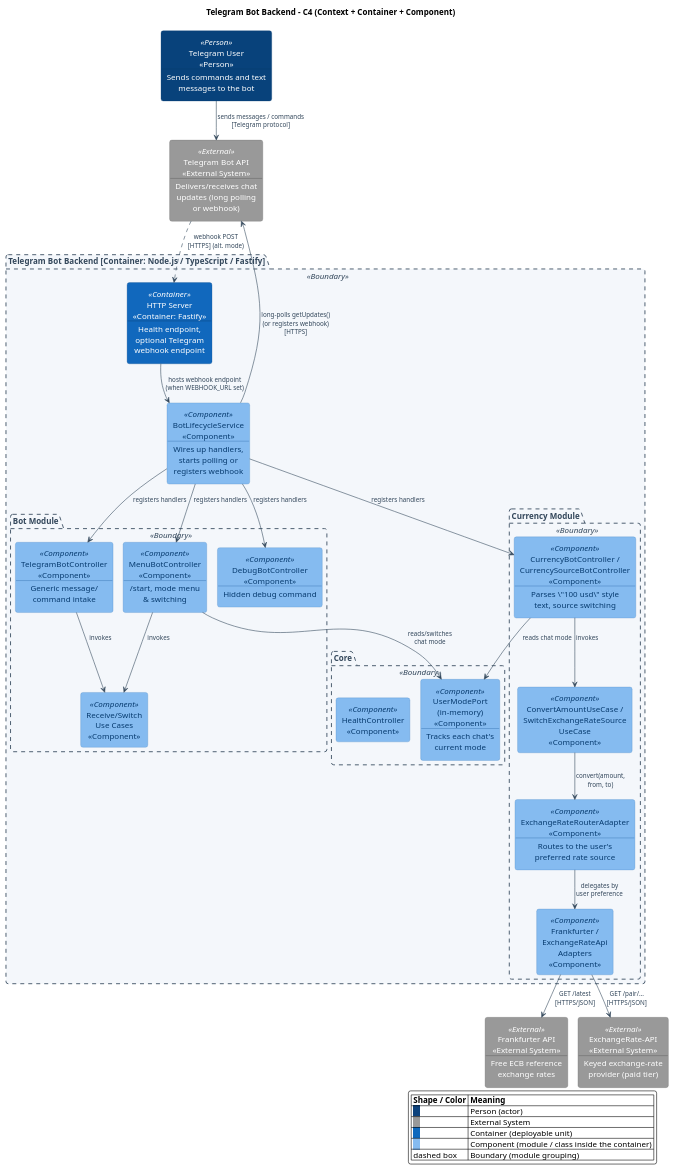
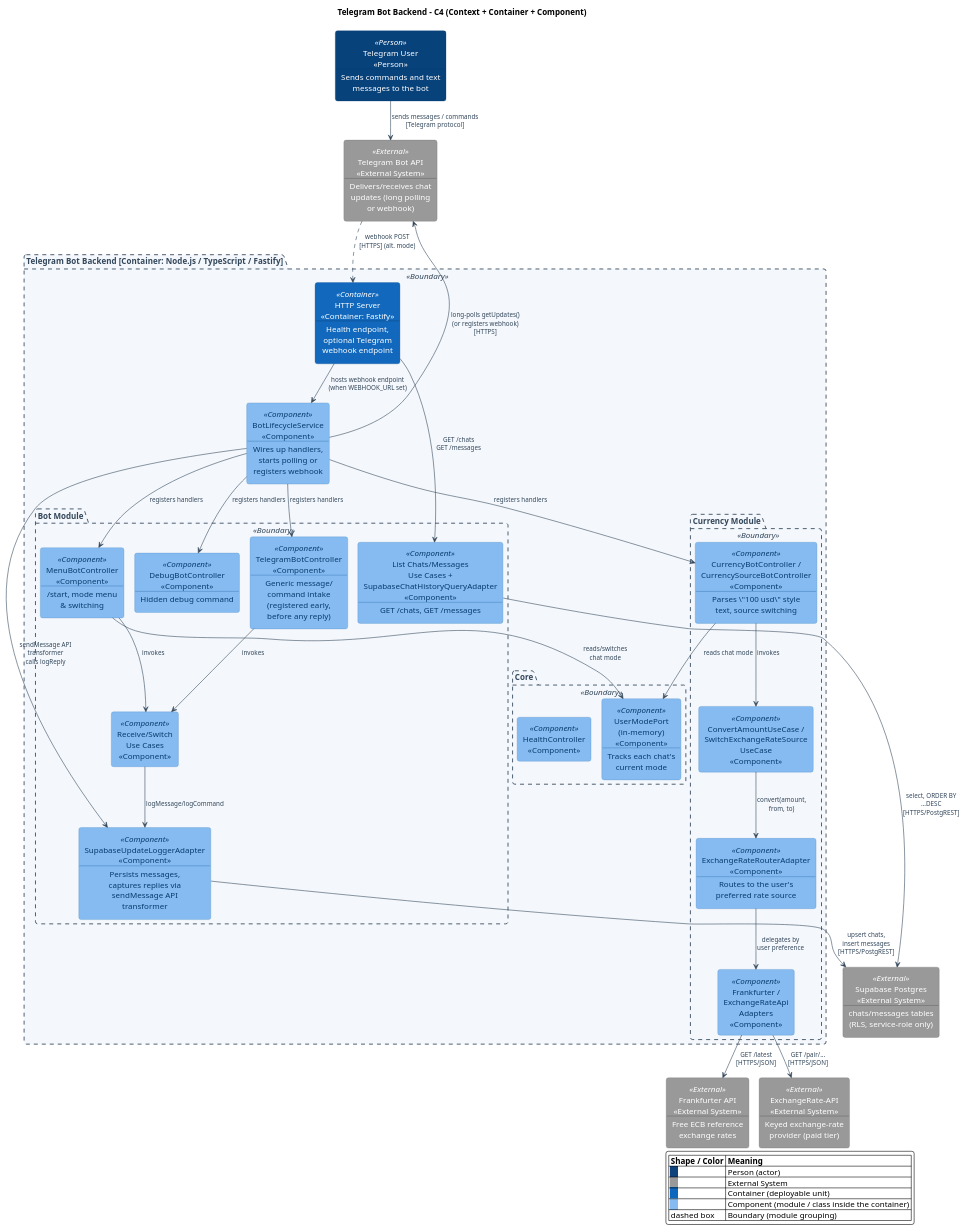
The diagram in docs/c4-diagram.puml (Pone4ka/TGBotCraftOrSomething), drawn with PlantUML before and after one commit. The commit also changed 6 other files, not shown here.

```diff
--- a/docs/c4-diagram.puml
+++ b/docs/c4-diagram.puml
@@ -1,110 +1,118 @@
 @startuml C4-TelegramBotBackend
 !pragma layout smetana
 title Telegram Bot Backend - C4 (Context + Container + Component)
 
 skinparam backgroundColor #FFFFFF
 skinparam shadowing false
 skinparam roundcorner 8
 skinparam ArrowColor #33475B
 skinparam ArrowFontColor #33475B
 skinparam ArrowFontSize 11
 skinparam defaultTextAlignment center
 
 skinparam rectangle {
   BorderColor #33475B
   FontColor #FFFFFF
 }
 skinparam package {
   BorderColor #33475B
   FontColor #33475B
 }
 
 skinparam rectangle<<Person>> {
   BackgroundColor #08427B
   BorderColor #073B6F
 }
 skinparam rectangle<<External>> {
   BackgroundColor #999999
   BorderColor #6B6B6B
 }
 skinparam rectangle<<Container>> {
   BackgroundColor #1168BD
   BorderColor #0B4884
 }
 skinparam rectangle<<Component>> {
   BackgroundColor #85BBF0
   BorderColor #4A85C1
   FontColor #073B6F
 }
 skinparam package<<Boundary>> {
   BackgroundColor #F4F7FB
   BorderStyle dashed
 }
 
 ' ---------- Actor ----------
 rectangle "Telegram User\n<<Person>>\n--\nSends commands and text\nmessages to the bot" <<Person>> as User
 
 ' ---------- External systems ----------
 rectangle "Telegram Bot API\n<<External System>>\n--\nDelivers/receives chat\nupdates (long polling\nor webhook)" <<External>> as TelegramApi
 rectangle "Frankfurter API\n<<External System>>\n--\nFree ECB reference\nexchange rates" <<External>> as Frankfurter
 rectangle "ExchangeRate-API\n<<External System>>\n--\nKeyed exchange-rate\nprovider (paid tier)" <<External>> as ExchangeRateApi
+rectangle "Supabase Postgres\n<<External System>>\n--\nchats/messages tables\n(RLS, service-role only)" <<External>> as Supabase
 
 ' ---------- Container boundary ----------
 package "Telegram Bot Backend  [Container: Node.js / TypeScript / Fastify]" <<Boundary>> as Backend {
 
   rectangle "HTTP Server\n<<Container: Fastify>>\n--\nHealth endpoint,\noptional Telegram\nwebhook endpoint" <<Container>> as Http
 
   rectangle "BotLifecycleService\n<<Component>>\n--\nWires up handlers,\nstarts polling or\nregisters webhook" <<Component>> as Lifecycle
 
   package "Bot Module" <<Boundary>> {
-    rectangle "TelegramBotController\n<<Component>>\n--\nGeneric message/\ncommand intake" <<Component>> as TelegramCtrl
+    rectangle "TelegramBotController\n<<Component>>\n--\nGeneric message/\ncommand intake\n(registered early,\nbefore any reply)" <<Component>> as TelegramCtrl
     rectangle "MenuBotController\n<<Component>>\n--\n/start, mode menu\n& switching" <<Component>> as MenuCtrl
     rectangle "DebugBotController\n<<Component>>\n--\nHidden debug command" <<Component>> as DebugCtrl
     rectangle "Receive/Switch\nUse Cases\n<<Component>>" <<Component>> as BotUseCases
+    rectangle "SupabaseUpdateLoggerAdapter\n<<Component>>\n--\nPersists messages,\ncaptures replies via\nsendMessage API\ntransformer" <<Component>> as UpdateLogger
+    rectangle "List Chats/Messages\nUse Cases +\nSupabaseChatHistoryQueryAdapter\n<<Component>>\n--\nGET /chats, GET /messages" <<Component>> as ChatHistory
   }
 
   package "Currency Module" <<Boundary>> {
     rectangle "CurrencyBotController /\nCurrencySourceBotController\n<<Component>>\n--\nParses \"100 usd\" style\ntext, source switching" <<Component>> as CurrencyCtrl
     rectangle "ConvertAmountUseCase /\nSwitchExchangeRateSource\nUseCase\n<<Component>>" <<Component>> as CurrencyUseCases
     rectangle "ExchangeRateRouterAdapter\n<<Component>>\n--\nRoutes to the user's\npreferred rate source" <<Component>> as RateRouter
     rectangle "Frankfurter /\nExchangeRateApi\nAdapters\n<<Component>>" <<Component>> as RateAdapters
   }
 
   package "Core" <<Boundary>> {
     rectangle "UserModePort\n(in-memory)\n<<Component>>\n--\nTracks each chat's\ncurrent mode" <<Component>> as UserMode
     rectangle "HealthController\n<<Component>>" <<Component>> as Health
   }
 }
 
 ' ---------- Relationships ----------
 User --> TelegramApi : "sends messages / commands\n[Telegram protocol]"
 Lifecycle --> TelegramApi : "long-polls getUpdates()\n(or registers webhook)\n[HTTPS]"
 Http --> Lifecycle : "hosts webhook endpoint\n(when WEBHOOK_URL set)"
 TelegramApi ..> Http : "webhook POST\n[HTTPS] (alt. mode)"
 
 Lifecycle --> TelegramCtrl : registers handlers
 Lifecycle --> MenuCtrl : registers handlers
 Lifecycle --> DebugCtrl : registers handlers
 Lifecycle --> CurrencyCtrl : registers handlers
 
 TelegramCtrl --> BotUseCases : invokes
+BotUseCases --> UpdateLogger : "logMessage/logCommand"
+UpdateLogger --> Supabase : "upsert chats,\ninsert messages\n[HTTPS/PostgREST]"
+Lifecycle --> UpdateLogger : "sendMessage API\ntransformer\ncalls logReply"
+Http --> ChatHistory : "GET /chats\nGET /messages"
+ChatHistory --> Supabase : "select, ORDER BY\n...DESC\n[HTTPS/PostgREST]"
 MenuCtrl --> BotUseCases : invokes
 MenuCtrl --> UserMode : "reads/switches\nchat mode"
 
 CurrencyCtrl --> CurrencyUseCases : invokes
 CurrencyCtrl --> UserMode : "reads chat mode"
 CurrencyUseCases --> RateRouter : "convert(amount,\nfrom, to)"
 RateRouter --> RateAdapters : "delegates by\nuser preference"
 RateAdapters --> Frankfurter : "GET /latest\n[HTTPS/JSON]"
 RateAdapters --> ExchangeRateApi : "GET /pair/...\n[HTTPS/JSON]"
 
 legend right
   |= Shape / Color |= Meaning |
   | <back:#08427B><color:#FFFFFF>   </color></back> | Person (actor) |
   | <back:#999999><color:#FFFFFF>   </color></back> | External System |
   | <back:#1168BD><color:#FFFFFF>   </color></back> | Container (deployable unit) |
   | <back:#85BBF0>   </back> | Component (module / class inside the container) |
   | dashed box | Boundary (module grouping) |
 endlegend
 
 @enduml
```
